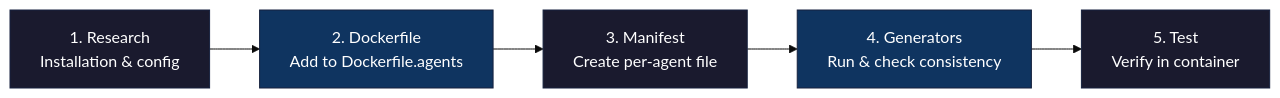
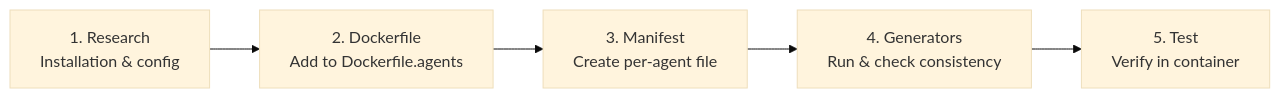
One commit to novotnyllc/ContainAI changed the diagram in docs/adding-agents.md. Above: the diagram before and after it, drawn with Mermaid (base theme). The commit also changed 14 other files, not shown here.

````diff
--- a/docs/adding-agents.md
+++ b/docs/adding-agents.md
@@ -11,19 +11,14 @@
 ```mermaid
 flowchart LR
     S1["1. Research<br/>Installation & config"]
     S2["2. Dockerfile<br/>Add to Dockerfile.agents"]
     S3["3. Manifest<br/>Create per-agent file"]
     S4["4. Generators<br/>Run & check consistency"]
     S5["5. Test<br/>Verify in container"]
 
     S1 --> S2
     S2 --> S3
     S3 --> S4
     S4 --> S5
 
-    style S1 fill:#1a1a2e,stroke:#16213e,color:#fff
-    style S2 fill:#0f3460,stroke:#16213e,color:#fff
-    style S3 fill:#1a1a2e,stroke:#16213e,color:#fff
-    style S4 fill:#0f3460,stroke:#16213e,color:#fff
-    style S5 fill:#1a1a2e,stroke:#16213e,color:#fff
 ```
````
